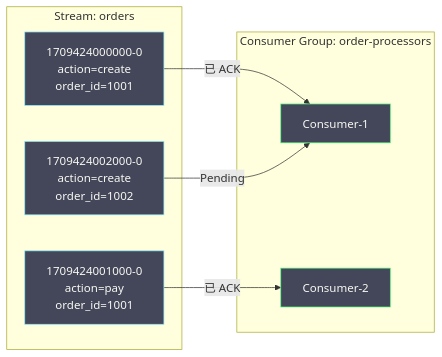
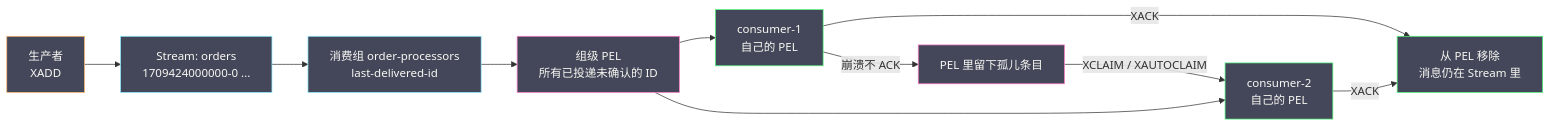
One commit to hpliStartAgain/my-brain changed the third of 4 diagrams in content/中间件/Redis/Redis进阶教程/02 高级数据类型——HyperLogLog Bitmap Geo Stream.md. Above: the diagram before and after it, drawn with Mermaid. The commit also changed other lines of this file and 455 other files, not shown here.

````diff
--- a/content/中间件/Redis/Redis进阶教程/02 高级数据类型——HyperLogLog Bitmap Geo Stream.md
+++ b/content/中间件/Redis/Redis进阶教程/02 高级数据类型——HyperLogLog Bitmap Geo Stream.md
@@ -337,24 +374,22 @@
 ```mermaid
 %%{init: {'theme': 'dracula'}}%%
 graph LR
-    subgraph "Stream: orders"
-        M1["1709424000000-0</br>action=create</br>order_id=1001"]
-        M2["1709424001000-0</br>action=pay</br>order_id=1001"]
-        M3["1709424002000-0</br>action=create</br>order_id=1002"]
-    end
+    P["生产者<br/>XADD"] --> S["Stream: orders<br/>1709424000000-0 ..."]
+    S --> G["消费组 order-processors<br/>last-delivered-id"]
+    G --> PEL["组级 PEL<br/>所有已投递未确认的 ID"]
+    PEL --> C1["consumer-1<br/>自己的 PEL"]
+    PEL --> C2["consumer-2<br/>自己的 PEL"]
+    C1 -->|"XACK"| ACK["从 PEL 移除<br/>消息仍在 Stream 里"]
+    C2 -->|"XACK"| ACK
+    C1 -->|"崩溃不 ACK"| GHOST["PEL 里留下孤儿条目"]
+    GHOST -->|"XCLAIM / XAUTOCLAIM"| C2
 
-    subgraph "Consumer Group: order-processors"
-        C1["Consumer-1"]
-        C2["Consumer-2"]
-    end
-
-    M1 -->|"已 ACK"| C1
-    M2 -->|"已 ACK"| C2
-    M3 -->|"Pending"| C1
-
-    classDef msg fill:#44475a,stroke:#8be9fd,color:#f8f8f2
-    classDef consumer fill:#44475a,stroke:#50fa7b,color:#f8f8f2
-
-    class M1,M2,M3 msg
-    class C1,C2 consumer
+    classDef prod fill:#44475a,stroke:#ffb86c,color:#f8f8f2
+    classDef stream fill:#44475a,stroke:#8be9fd,color:#f8f8f2
+    classDef pel fill:#44475a,stroke:#ff79c6,color:#f8f8f2
+    classDef cons fill:#44475a,stroke:#50fa7b,color:#f8f8f2
+    class P prod
+    class S,G stream
+    class PEL,GHOST pel
+    class C1,C2,ACK cons
 ```
````
